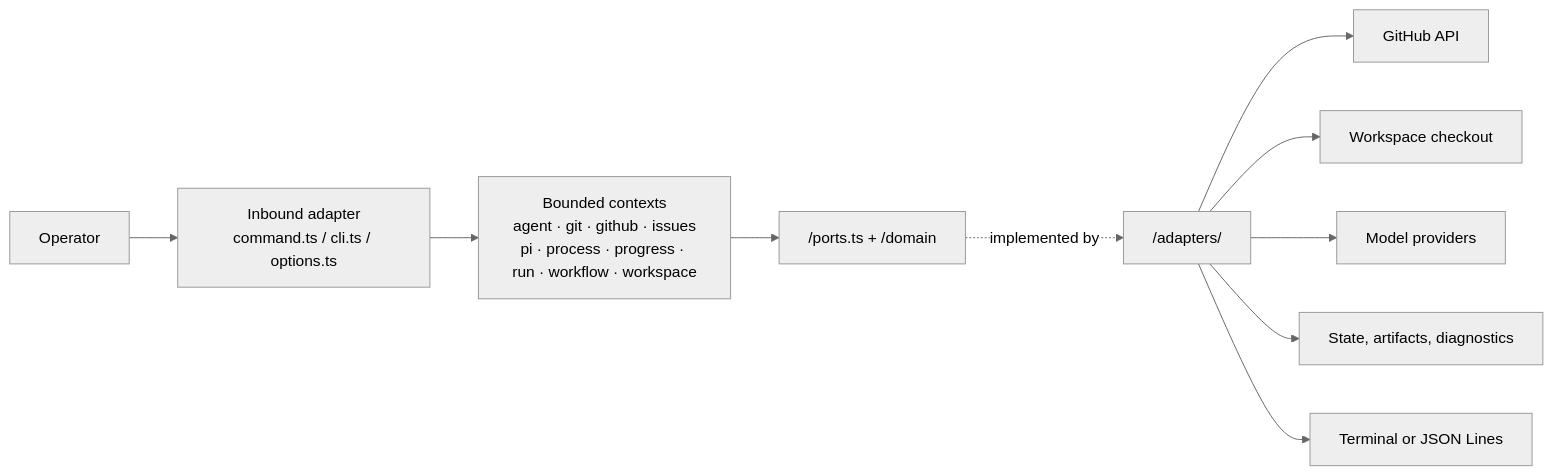
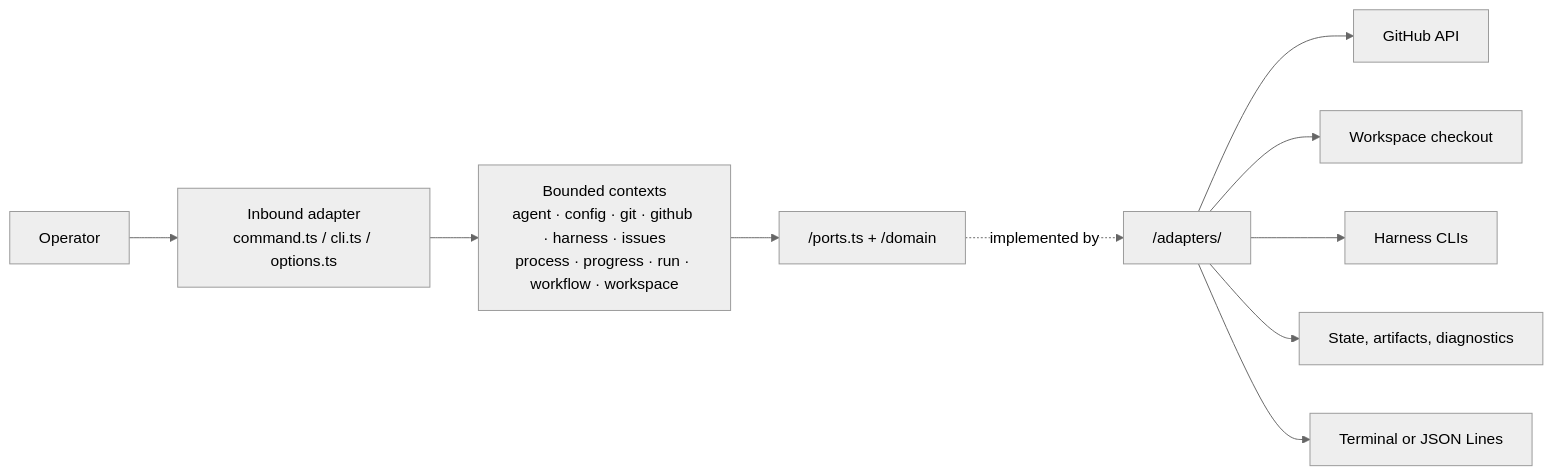
One commit to beremaran/ralphie changed the diagram in docs/architecture.md. Above: the diagram before and after it, drawn with Mermaid (neutral theme). The commit also changed other lines of this file and 253 other files, not shown here.

````diff
--- a/docs/architecture.md
+++ b/docs/architecture.md
@@ -13,12 +13,12 @@
 ```mermaid
 flowchart LR
     U[Operator] --> CLI["Inbound adapter<br/>command.ts / cli.ts / options.ts"]
-    CLI --> CTX["Bounded contexts<br/>agent · git · github · issues<br/>pi · process · progress · run · workflow · workspace"]
+    CLI --> CTX["Bounded contexts<br/>agent · config · git · github · harness · issues<br/>process · progress · run · workflow · workspace"]
     CTX --> PORTS["<context>/ports.ts + /domain"]
     PORTS -. implemented by .-> AD["<context>/adapters/"]
     AD --> GH[GitHub API]
     AD --> REPO[Workspace checkout]
-    AD --> LLM[Model providers]
+    AD --> LLM[Harness CLIs]
     AD --> DISK[State, artifacts, diagnostics]
     AD --> TERM[Terminal or JSON Lines]
 ```
````
